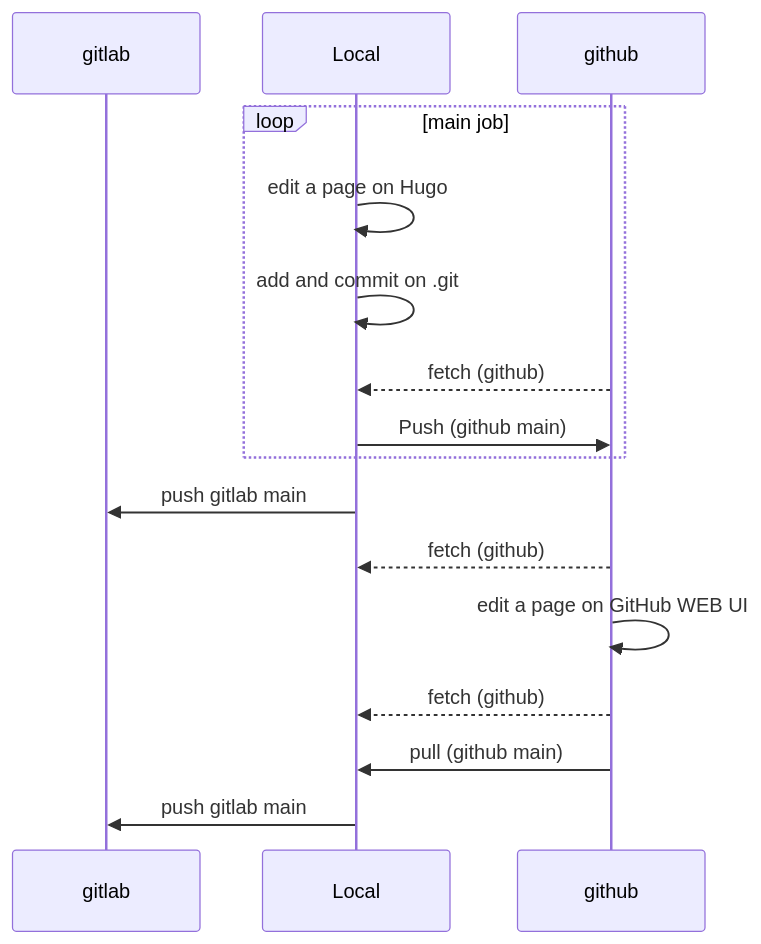
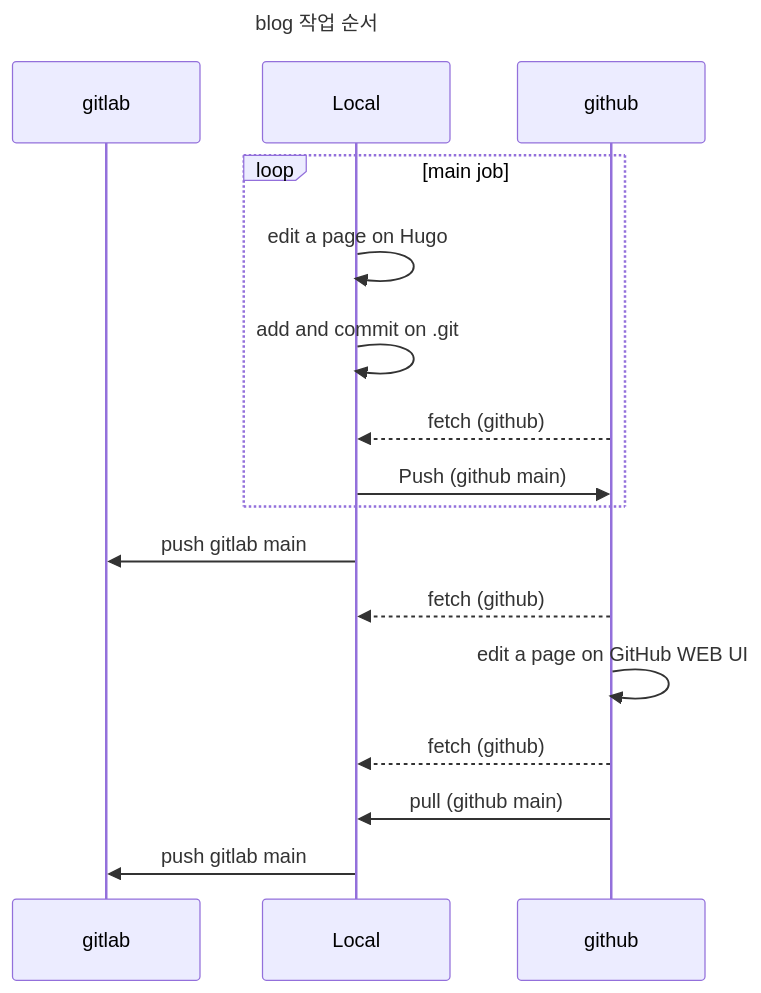
The second of 2 diagrams in readme.md (smjune/smjune.github.io), drawn with Mermaid before and after one commit. The commit also changed other lines of this file, not shown here.

Commit message:
add title on meraid

````diff
--- a/readme.md
+++ b/readme.md
@@ -23,20 +26,23 @@
 ```mermaid
+---
+title: blog 작업 순서
+---
 sequenceDiagram
     participant gitlab
     participant Local 
     participant github
     links gitlab: {"pages": "https://smjune.gitlab.io/"}
     links github: {"Pages": "https:/smjjune.github.io/"}
     loop main job
         Local->>Local: edit a page on Hugo
         Local->>Local: add and commit on .git
         github-->>Local: fetch (github)
         Local->>github: Push (github main)
     end
     Local->>gitlab: push gitlab main
     github-->>Local: fetch (github)
     github->>github: edit a page on GitHub WEB UI
     github-->>Local: fetch (github)
     github->>Local: pull (github main)
     Local->>gitlab: push gitlab main
 ```
````
